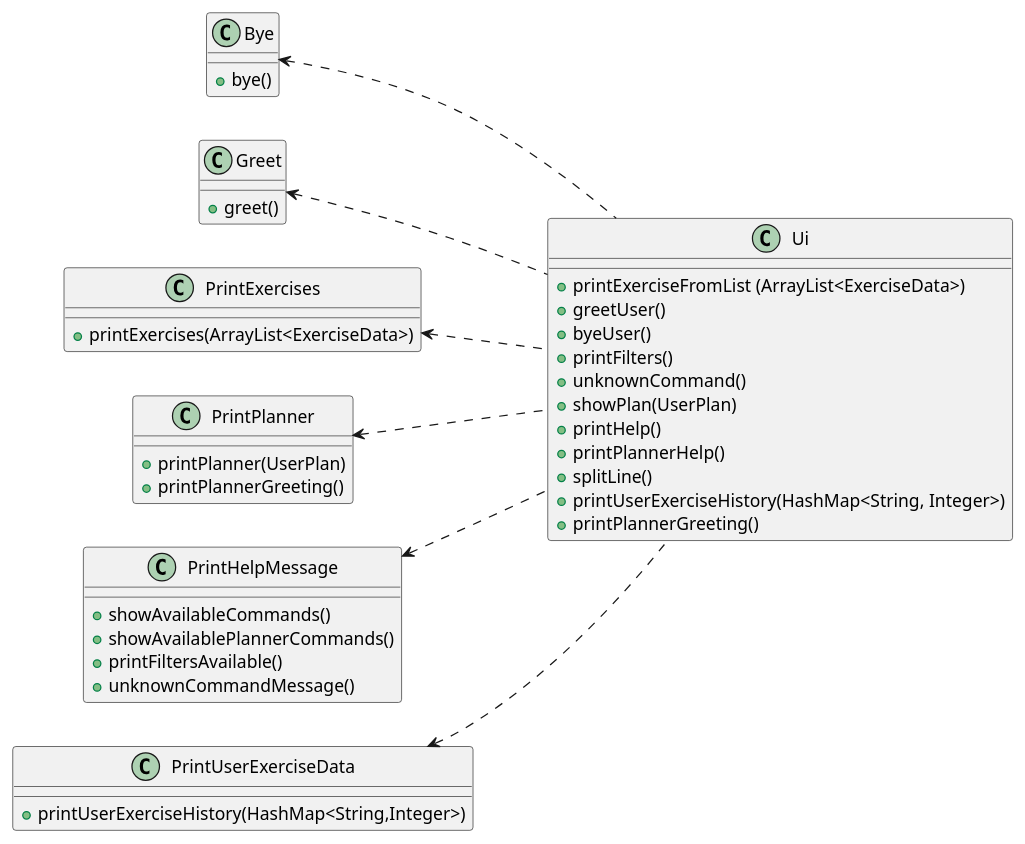
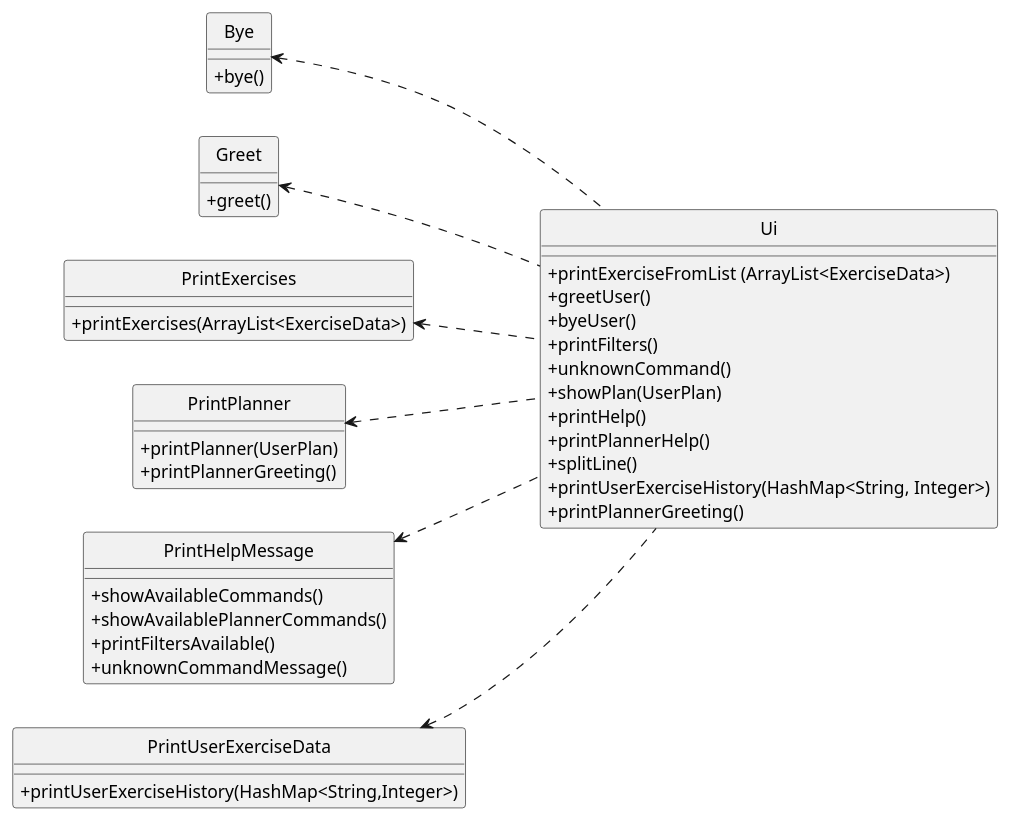
One commit to nus-cs2113-AY2223S2/tp changed the diagram in docs/UML/Ui.puml. Above: the diagram before and after it, drawn with PlantUML. The commit also changed 16 other files, not shown here.

Commit message:
Update Storage UML

```diff
--- a/docs/UML/Ui.puml
+++ b/docs/UML/Ui.puml
@@ -1,54 +1,55 @@
 @startuml
-'https://plantuml.com/sequence-diagram
+skinparam classAttributeIconSize 0
+hide circle
 
 Class Bye {
 + bye()
 }
 
 Class Greet {
 + greet()
 }
 
 Class PrintExercises {
 + printExercises(ArrayList<ExerciseData>)
 }
 
 Class PrintPlanner {
 + printPlanner(UserPlan)
 + printPlannerGreeting()
 }
 
 Class PrintHelpMessage {
 + showAvailableCommands()
 + showAvailablePlannerCommands()
 + printFiltersAvailable()
 + unknownCommandMessage()
 }
 
 Class PrintUserExerciseData {
 + printUserExerciseHistory(HashMap<String,Integer>)
 }
 
 Class Ui {
 + printExerciseFromList (ArrayList<ExerciseData>)
 + greetUser()
 + byeUser()
 + printFilters()
 + unknownCommand()
 + showPlan(UserPlan)
 + printHelp()
 + printPlannerHelp()
 + splitLine()
 + printUserExerciseHistory(HashMap<String, Integer>)
 + printPlannerGreeting()
 }
 
 left to right direction
 Bye <.. Ui
 Greet <.. Ui
 PrintExercises <.. Ui
 PrintPlanner <.. Ui
 PrintHelpMessage <.. Ui
 PrintUserExerciseData <.. Ui
 
 @enduml
```
